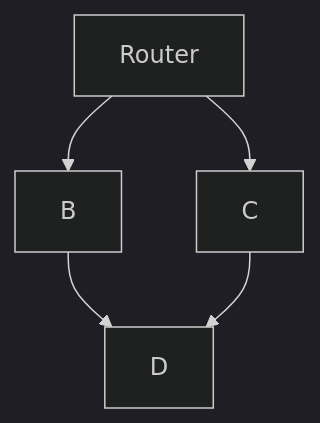
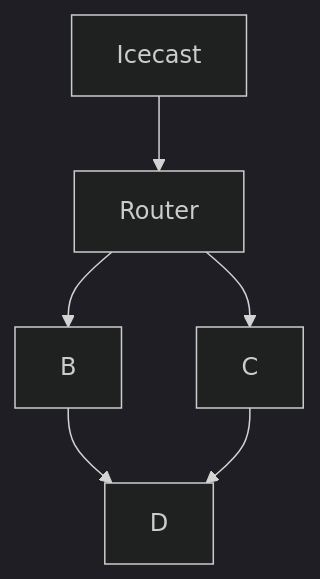
One commit to gepral/SilentDisco changed the diagram in README.md. Above: the diagram before and after it, drawn with Mermaid (dark theme).

````diff
--- a/README.md
+++ b/README.md
@@ -6,7 +6,8 @@
 ```mermaid
 graph TD;
+    Icecast-->Router;
     Router-->B;
     Router-->C;
     B-->D;
     C-->D;
 ```
````
